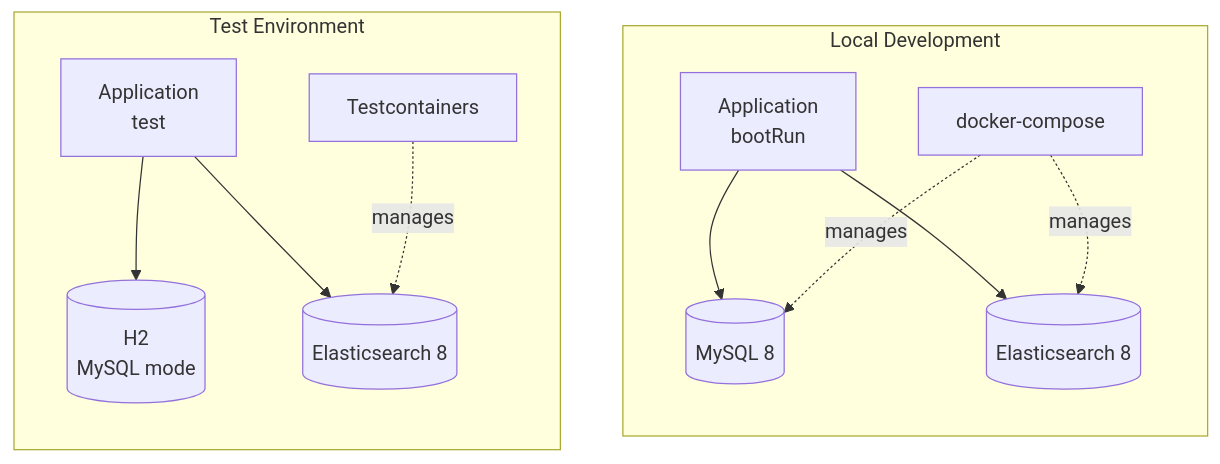
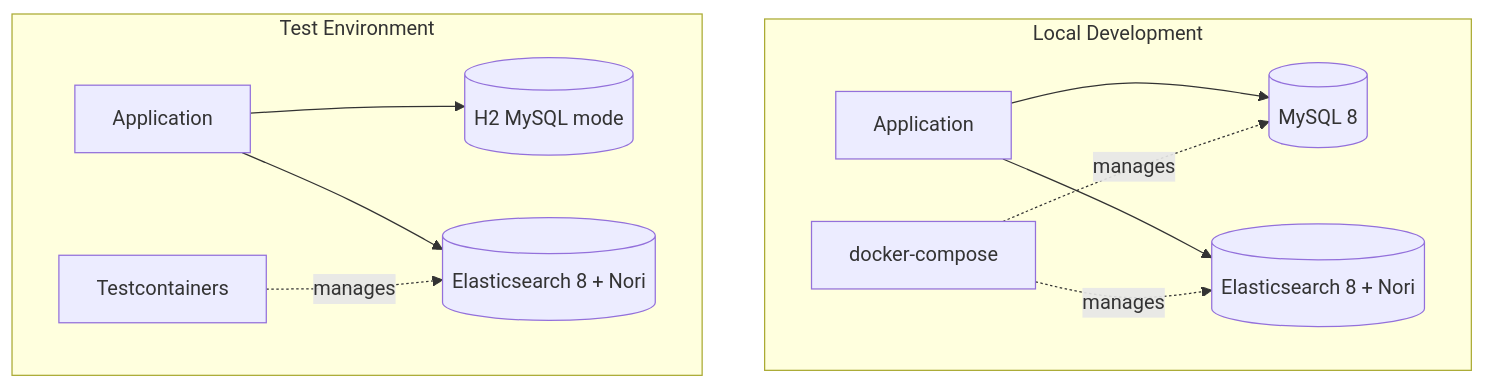
The fourth of 5 diagrams in docs/ARCHITECTURE.md (mkroo/termbase), drawn with Mermaid before and after one commit. The commit also changed other lines of this file and 1 other file, not shown here.

First line of the commit message:
docs: ARCHITECTURE.md 및 REQUIREMENTS.md 전면 재설계

````diff
--- a/docs/ARCHITECTURE.md
+++ b/docs/ARCHITECTURE.md
@@ -300,25 +500,23 @@
 ```mermaid
 flowchart TB
     subgraph Local["Local Development"]
-        direction TB
-        App1[Application<br/>bootRun]
+        App1[Application]
         DC[docker-compose]
         MySQL1[(MySQL 8)]
-        ES1[(Elasticsearch 8)]
+        ES1[(Elasticsearch 8 + Nori)]
         App1 --> MySQL1
         App1 --> ES1
         DC -.->|manages| MySQL1
         DC -.->|manages| ES1
     end
 
     subgraph Test["Test Environment"]
-        direction TB
-        App2[Application<br/>test]
+        App2[Application]
         TC[Testcontainers]
-        H2[(H2<br/>MySQL mode)]
-        ES2[(Elasticsearch 8)]
+        H2[(H2 MySQL mode)]
+        ES2[(Elasticsearch 8 + Nori)]
         App2 --> H2
         App2 --> ES2
         TC -.->|manages| ES2
     end
 ```
````
